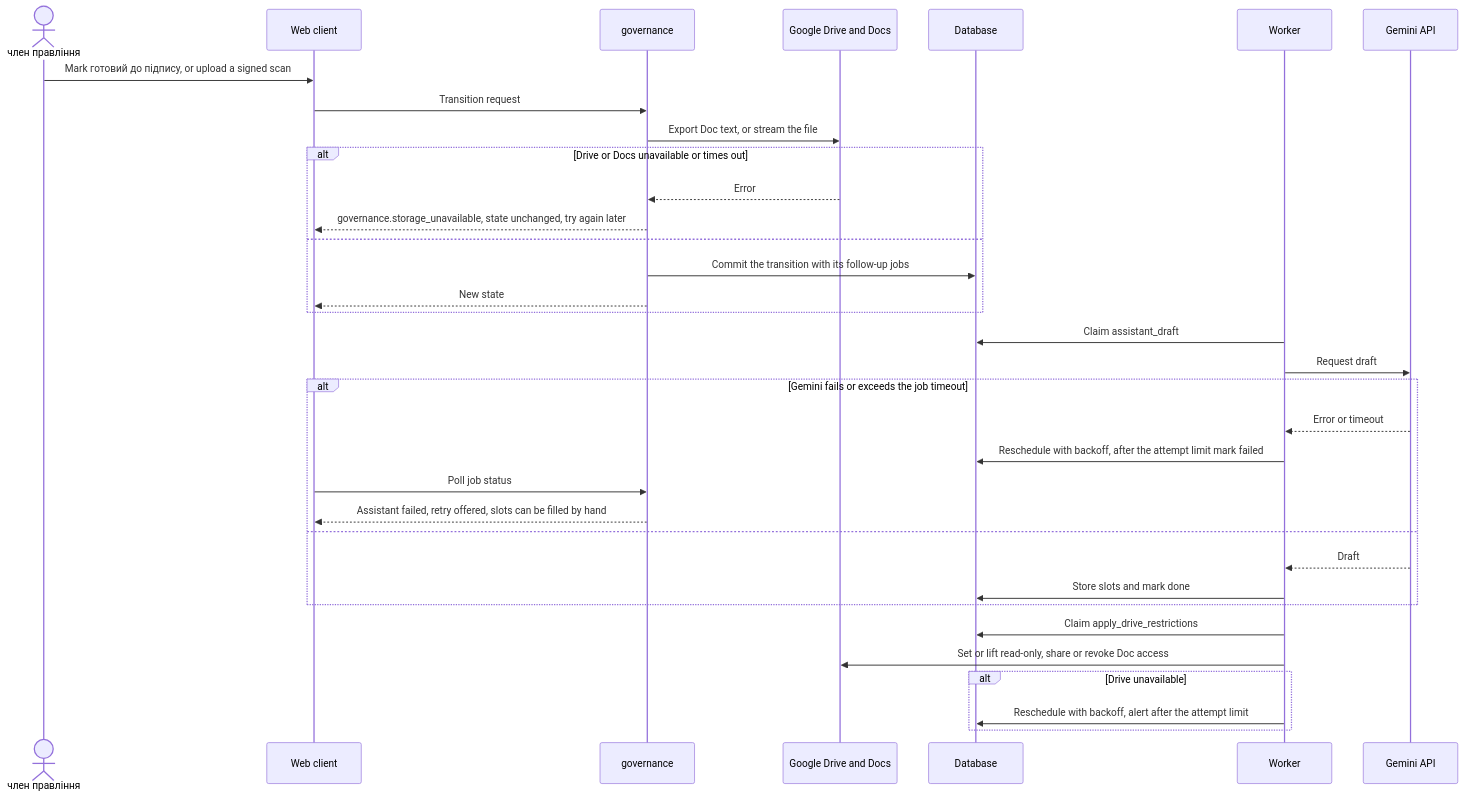
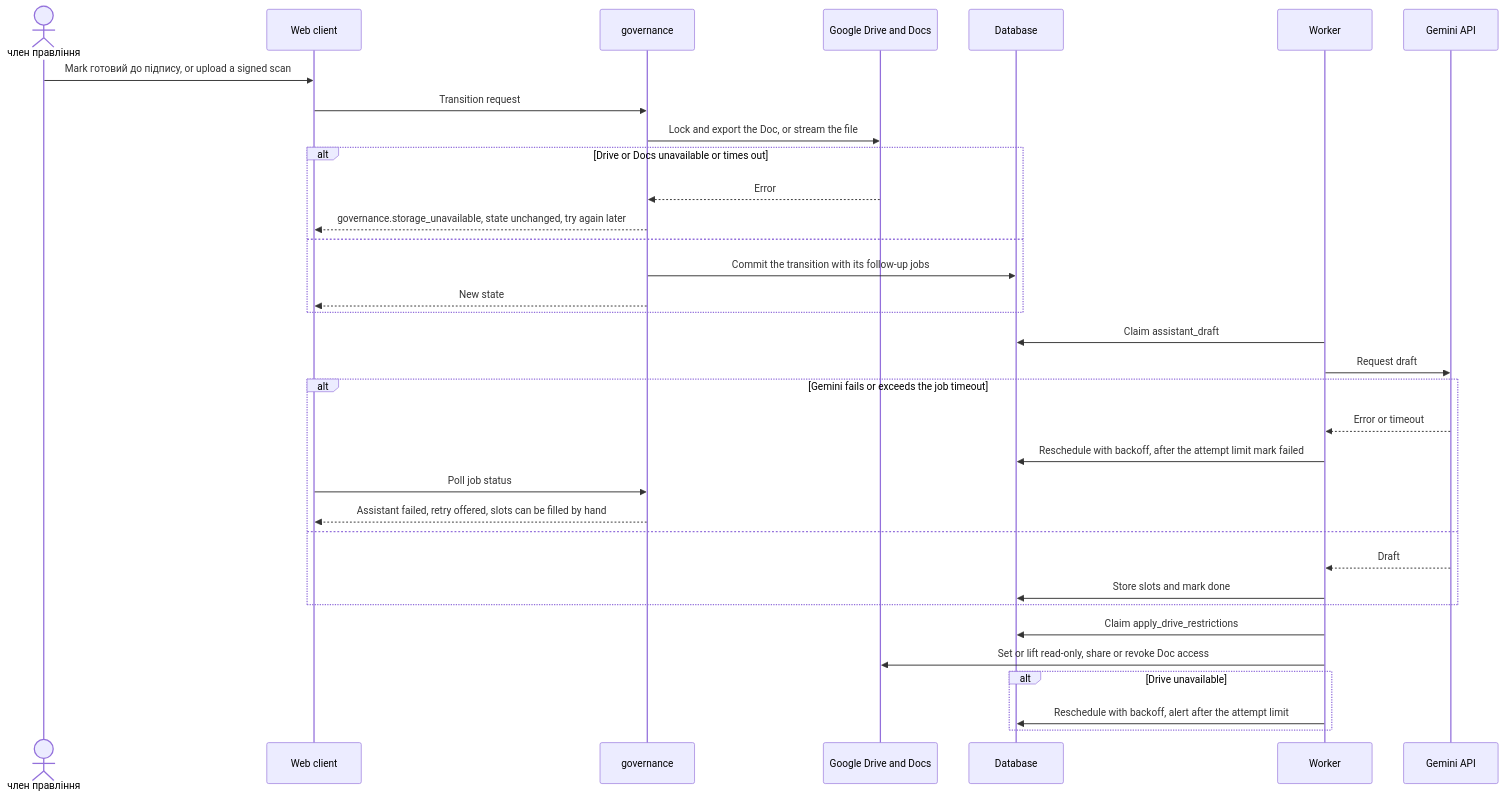
The tenth of 11 diagrams in docs/features/board-protocol/sad.ao-architecture.md (AndriiOpryshko/spilno), drawn with Mermaid before and after one commit. The commit also changed other lines of this file and 4 other files, not shown here.

First line of the commit message:
03: SAD + ADR for board-protocol via ao-architecture

````diff
--- a/docs/features/board-protocol/sad.ao-architecture.md
+++ b/docs/features/board-protocol/sad.ao-architecture.md
@@ -395,36 +411,36 @@
 ```mermaid
 sequenceDiagram
     actor M as член правління
     participant web as Web client
     participant gov as governance
     participant drive as Google Drive and Docs
     participant db as Database
     participant worker as Worker
     participant gemini as Gemini API
     M->>web: Mark готовий до підпису, or upload a signed scan
     web->>gov: Transition request
-    gov->>drive: Export Doc text, or stream the file
+    gov->>drive: Lock and export the Doc, or stream the file
     alt Drive or Docs unavailable or times out
         drive-->>gov: Error
         gov-->>web: governance.storage_unavailable, state unchanged, try again later
     else
         gov->>db: Commit the transition with its follow-up jobs
         gov-->>web: New state
     end
     worker->>db: Claim assistant_draft
     worker->>gemini: Request draft
     alt Gemini fails or exceeds the job timeout
         gemini-->>worker: Error or timeout
         worker->>db: Reschedule with backoff, after the attempt limit mark failed
         web->>gov: Poll job status
         gov-->>web: Assistant failed, retry offered, slots can be filled by hand
     else
         gemini-->>worker: Draft
         worker->>db: Store slots and mark done
     end
     worker->>db: Claim apply_drive_restrictions
     worker->>drive: Set or lift read-only, share or revoke Doc access
     alt Drive unavailable
         worker->>db: Reschedule with backoff, alert after the attempt limit
     end
 ```
````
